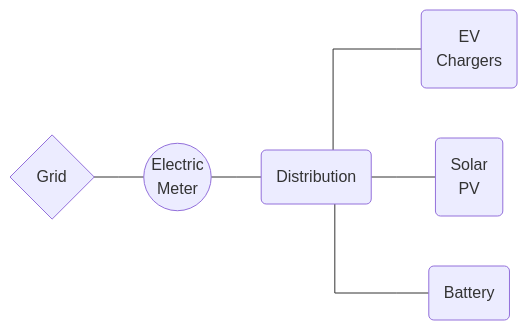
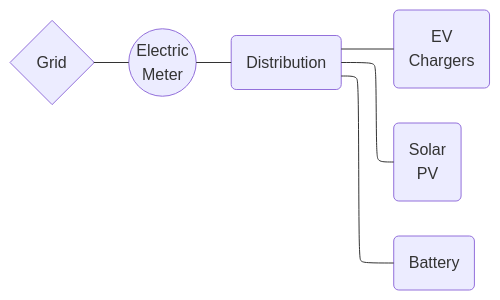
One commit to woodjmichael/Bifacial-solar-and-peakshaving changed the first of 3 diagrams in Paper/bifacial_peak_shaving_paper.md. Above: the diagram before and after it, drawn with Mermaid. The commit also changed other lines of this file and 12 other files, not shown here.

````diff
--- a/Paper/bifacial_peak_shaving_paper.md
+++ b/Paper/bifacial_peak_shaving_paper.md
@@ -73,6 +73,7 @@
 ```mermaid
-%%{init: {'flowchart' : {'curve' : 'stepBefore'}}}%%
+%%{init: {'flowchart' : {'curve' : 'basis'}}}%%
+%%{init: {"flowchart": {"defaultRenderer": "elk"}  } }%%
 graph LR
 g{Grid} --- m((Electric<br>Meter)) --- d(Distribution)
 d --- ev(EV<br>Chargers) & s(Solar<br>PV) & b(Battery)
 ```
````
